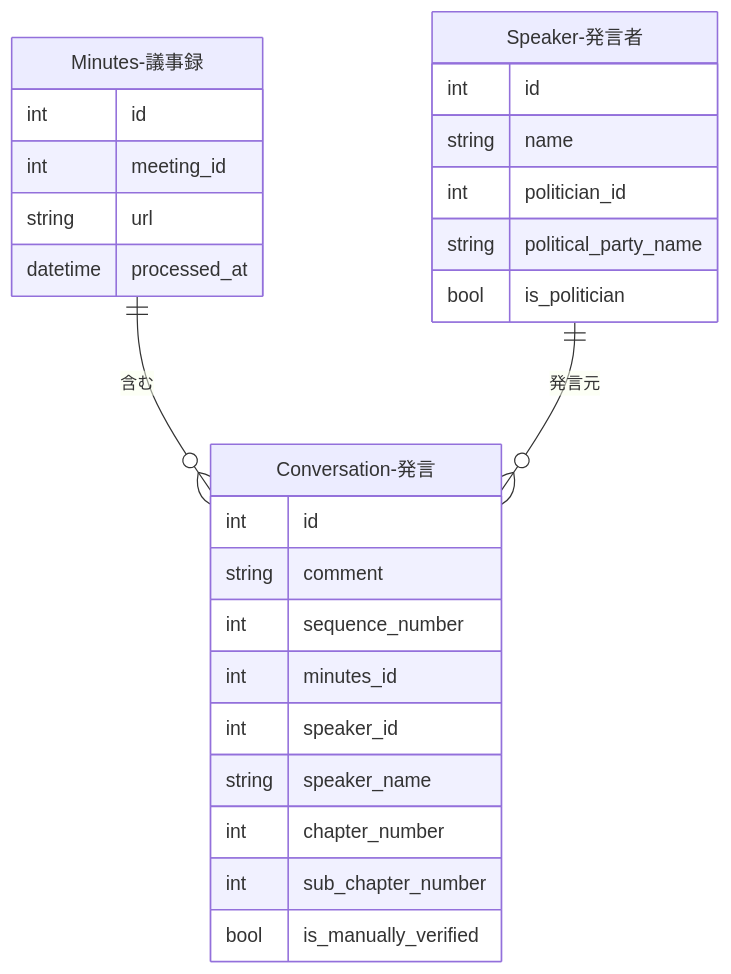
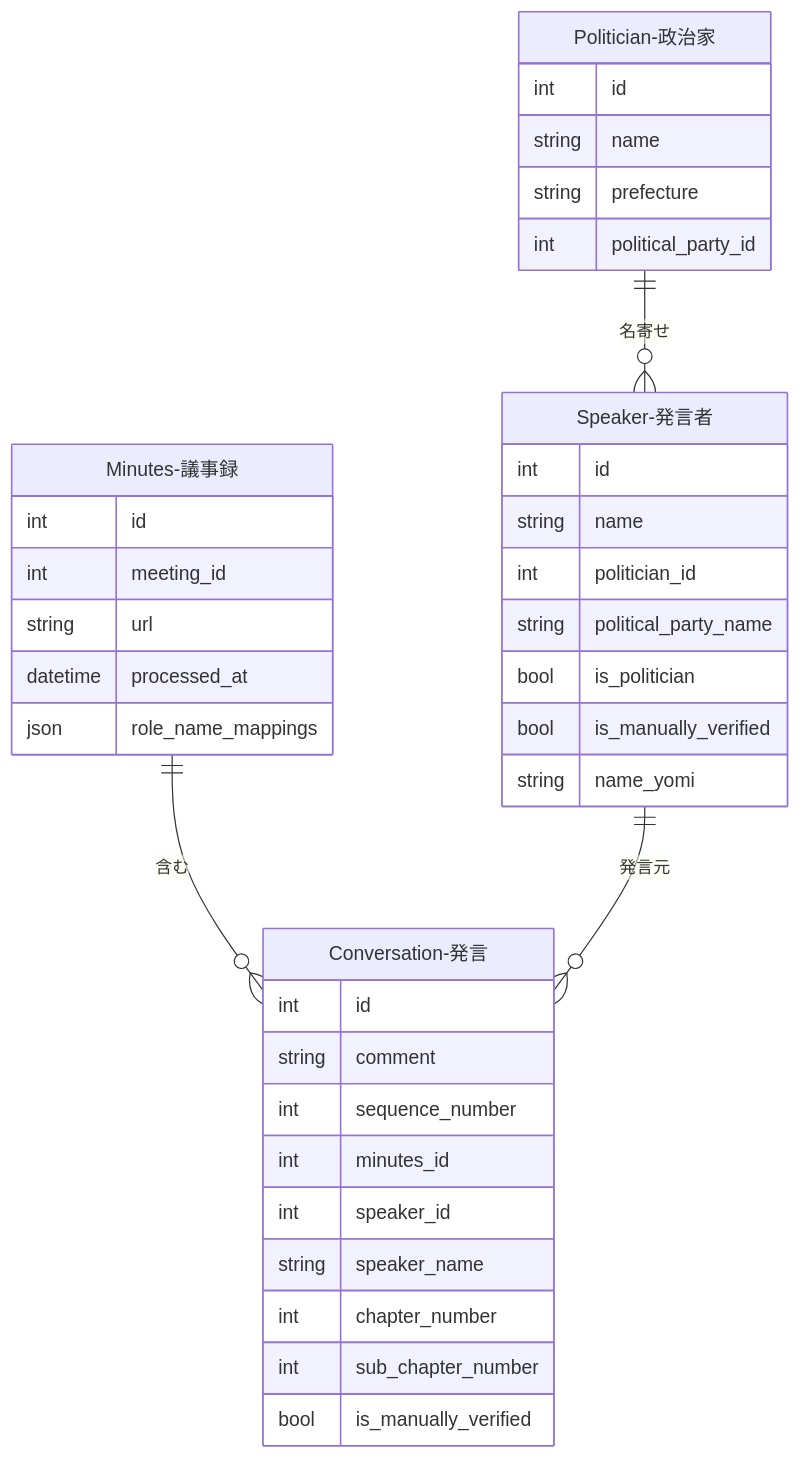
One commit to sage-base/corporation-docs changed the second of 2 diagrams in docs/development/data-creation/conversation.md. Above: the diagram before and after it, drawn with Mermaid. The commit also changed other lines of this file and 7 other files, not shown here.

````diff
--- a/docs/development/data-creation/conversation.md
+++ b/docs/development/data-creation/conversation.md
@@ -38,32 +295,43 @@
 ```mermaid
 erDiagram
     Minutes-議事録 ||--o{ Conversation-発言 : "含む"
     Speaker-発言者 ||--o{ Conversation-発言 : "発言元"
+    Politician-政治家 ||--o{ Speaker-発言者 : "名寄せ"
 
     Conversation-発言 {
         int id
         string comment
         int sequence_number
         int minutes_id
         int speaker_id
         string speaker_name
         int chapter_number
         int sub_chapter_number
         bool is_manually_verified
     }
 
     Minutes-議事録 {
         int id
         int meeting_id
         string url
         datetime processed_at
+        json role_name_mappings
     }
 
     Speaker-発言者 {
         int id
         string name
         int politician_id
         string political_party_name
         bool is_politician
+        bool is_manually_verified
+        string name_yomi
+    }
+
+    Politician-政治家 {
+        int id
+        string name
+        string prefecture
+        int political_party_id
     }
 ```
````
